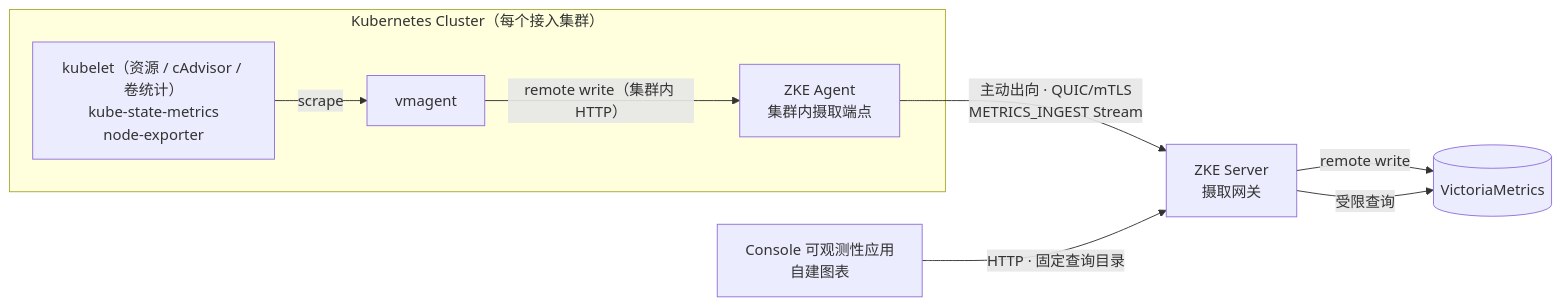
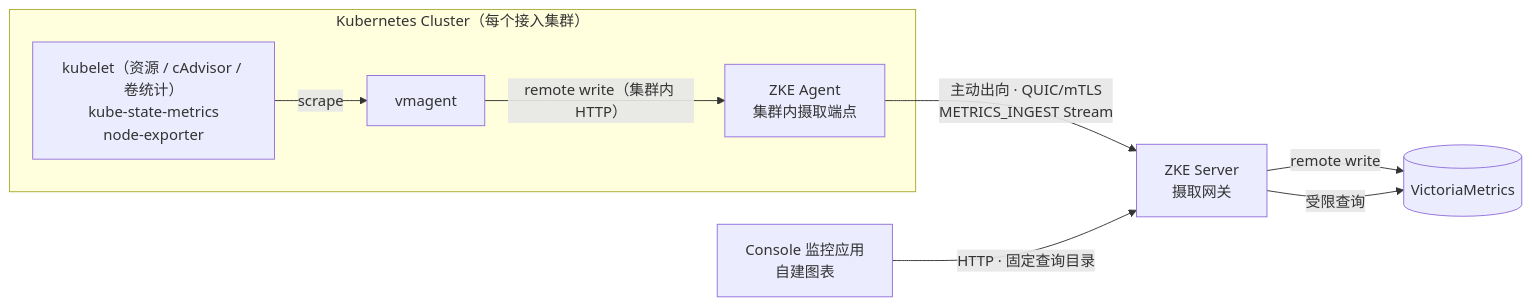
One commit to togettoyou/zke changed the diagram in docs/architecture/observability-phase-3.md. Above: the diagram before and after it, drawn with Mermaid. The commit also changed other lines of this file and 37 other files, not shown here.

````diff
--- a/docs/architecture/observability-phase-3.md
+++ b/docs/architecture/observability-phase-3.md
@@ -83,15 +83,15 @@
 ```mermaid
 flowchart LR
     subgraph Cluster["Kubernetes Cluster（每个接入集群）"]
         Targets["kubelet（资源 / cAdvisor / 卷统计）<br/>kube-state-metrics<br/>node-exporter"]
         VMAgent["vmagent"]
         Agent["ZKE Agent<br/>集群内摄取端点"]
         Targets -->|"scrape"| VMAgent
         VMAgent -->|"remote write（集群内 HTTP）"| Agent
     end
 
     Agent -->|"主动出向 · QUIC/mTLS<br/>METRICS_INGEST Stream"| Server["ZKE Server<br/>摄取网关"]
     Server -->|"remote write"| Storage[("VictoriaMetrics")]
-    Console["Console 可观测性应用<br/>自建图表"] -->|"HTTP · 固定查询目录"| Server
+    Console["Console 监控应用<br/>自建图表"] -->|"HTTP · 固定查询目录"| Server
     Server -->|"受限查询"| Storage
 ```
````
